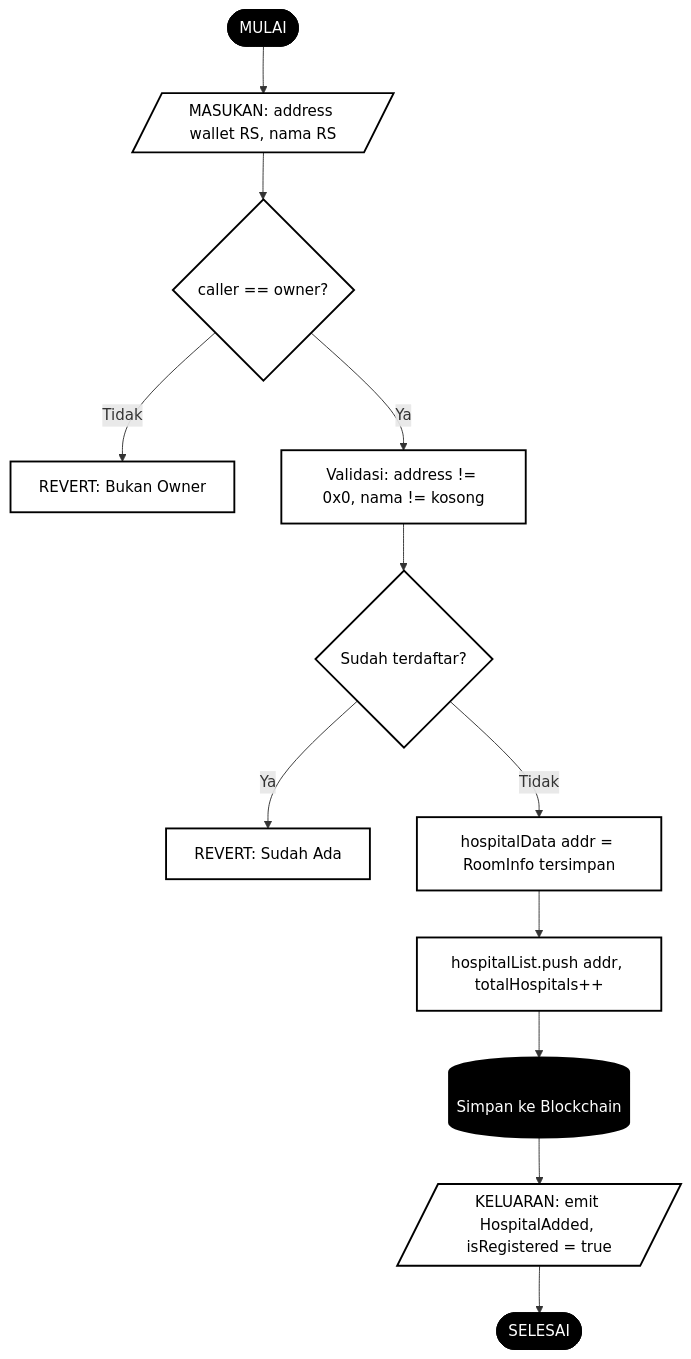
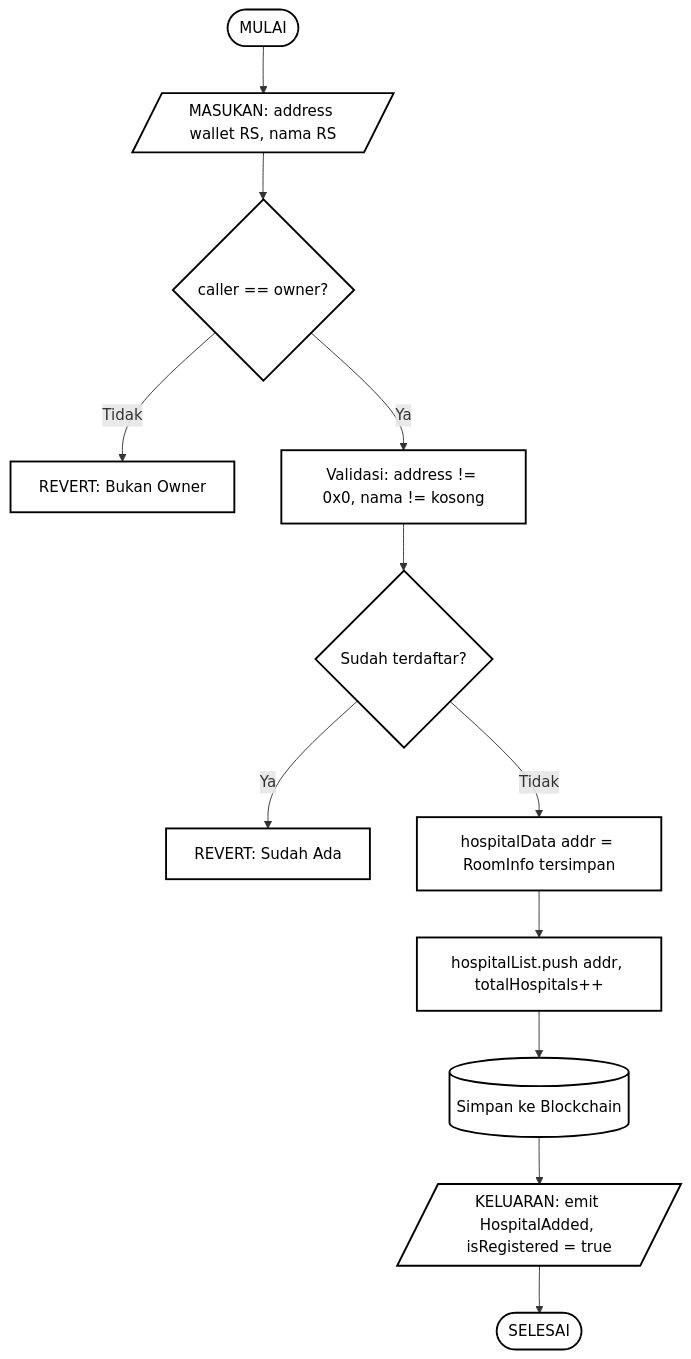
One commit to abuab234/Status-Ketersediaan-Kamar-RS changed the second of 7 diagrams in readme/capstone_blockchain.md. Above: the diagram before and after it, drawn with Mermaid. The commit also changed other lines of this file, not shown here.

````diff
--- a/readme/capstone_blockchain.md
+++ b/readme/capstone_blockchain.md
@@ -168,27 +168,27 @@
 ```mermaid
 flowchart TD
     A1([MULAI]) --> A2[/"MASUKAN: address wallet RS, nama RS"/]
     A2 --> A3{"caller == owner?"}
     A3 -->|"Tidak"| AR1["REVERT: Bukan Owner"]
     A3 -->|"Ya"| A4["Validasi: address != 0x0, nama != kosong"]
     A4 --> A5{"Sudah terdaftar?"}
     A5 -->|"Ya"| AR2["REVERT: Sudah Ada"]
     A5 -->|"Tidak"| A6["hospitalData addr = RoomInfo tersimpan"]
     A6 --> A7["hospitalList.push addr, totalHospitals++"]
     A7 --> ADB[("Simpan ke Blockchain")]
     ADB --> A8[/"KELUARAN: emit HospitalAdded, isRegistered = true"/]
     A8 --> A9([SELESAI])
 
-    style A1 fill:#000,color:#fff,stroke:#000
-    style A9 fill:#000,color:#fff,stroke:#000
-    style AR1 fill:#fff,color:#000,stroke:#000,stroke-width:2px
-    style AR2 fill:#fff,color:#000,stroke:#000,stroke-width:2px
-    style A3 fill:#fff,color:#000,stroke:#000,stroke-width:2px
-    style A5 fill:#fff,color:#000,stroke:#000,stroke-width:2px
-    style A4 fill:#fff,color:#000,stroke:#000,stroke-width:2px
-    style A6 fill:#fff,color:#000,stroke:#000,stroke-width:2px
-    style A7 fill:#fff,color:#000,stroke:#000,stroke-width:2px
-    style A2 fill:#fff,color:#000,stroke:#000,stroke-width:2px
-    style A8 fill:#fff,color:#000,stroke:#000,stroke-width:2px
-    style ADB fill:#000,color:#fff,stroke:#000,stroke-width:3px
+    style A1 fill:none,color:#000,stroke:#000,stroke-width:2px
+    style A9 fill:none,color:#000,stroke:#000,stroke-width:2px
+    style AR1 fill:none,color:#000,stroke:#000,stroke-width:2px
+    style AR2 fill:none,color:#000,stroke:#000,stroke-width:2px
+    style A3 fill:none,color:#000,stroke:#000,stroke-width:2px
+    style A5 fill:none,color:#000,stroke:#000,stroke-width:2px
+    style A4 fill:none,color:#000,stroke:#000,stroke-width:2px
+    style A6 fill:none,color:#000,stroke:#000,stroke-width:2px
+    style A7 fill:none,color:#000,stroke:#000,stroke-width:2px
+    style A2 fill:none,color:#000,stroke:#000,stroke-width:2px
+    style A8 fill:none,color:#000,stroke:#000,stroke-width:2px
+    style ADB fill:none,color:#000,stroke:#000,stroke-width:2px
 ```
````
